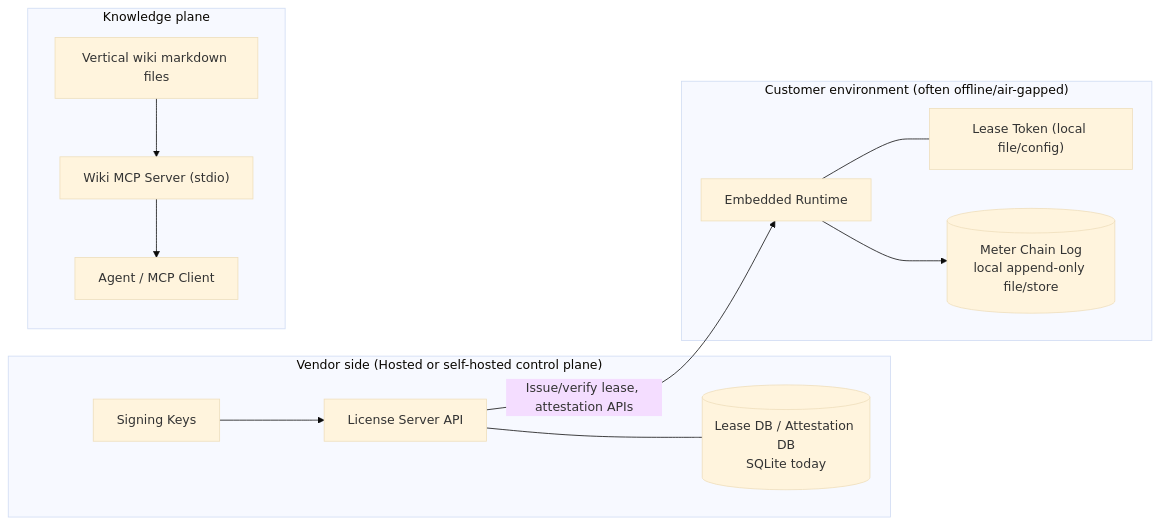
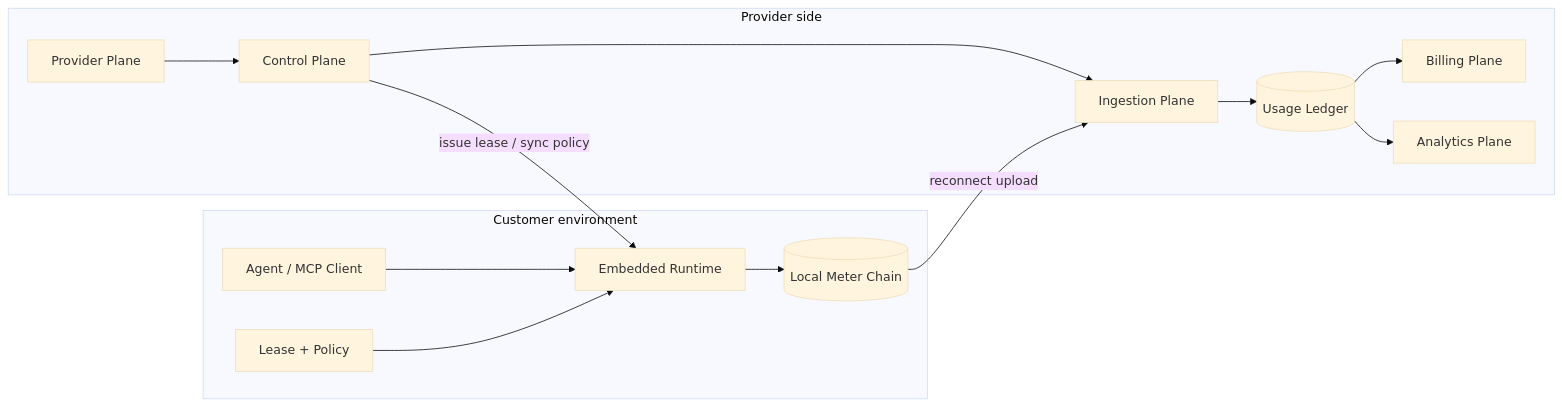
One commit to shizlie/skillpack changed the first of 4 diagrams in PRODUCT.md. Above: the diagram before and after it, drawn with Mermaid (base theme). The commit also changed other lines of this file and 2 other files, not shown here.

First line of the commit message:
Clarify product and backend ledger architecture

````diff
--- a/PRODUCT.md
+++ b/PRODUCT.md
@@ -60,27 +270,29 @@
 ```mermaid
 flowchart LR
-    subgraph Vendor_Cloud["Vendor side (Hosted or self-hosted control plane)"]
-      LS["License Server API"]
-      LDB[("Lease DB / Attestation DB<br/>SQLite today")]
-      SK["Signing Keys"]
-      LS --- LDB
-      SK --> LS
+    subgraph Provider["Provider side"]
+      PP["Provider Plane"]
+      CP["Control Plane"]
+      IP["Ingestion Plane"]
+      LP[("Usage Ledger")]
+      BP["Billing Plane"]
+      AP["Analytics Plane"]
+      PP --> CP
+      CP --> IP
+      IP --> LP
+      LP --> BP
+      LP --> AP
     end
 
-    subgraph Customer_Env["Customer environment (often offline/air-gapped)"]
+    subgraph Customer["Customer environment"]
       RT["Embedded Runtime"]
-      LT["Lease Token (local file/config)"]
-      MLOG[("Meter Chain Log<br/>local append-only file/store")]
-      RT --- LT
+      LT["Lease + Policy"]
+      MLOG[("Local Meter Chain")]
+      AG["Agent / MCP Client"]
+      AG --> RT
+      LT --> RT
       RT --> MLOG
     end
 
-    subgraph Knowledge_Env["Knowledge plane"]
-      WIKI["Vertical wiki markdown files"]
-      WMCP["Wiki MCP Server (stdio)"]
-      AG["Agent / MCP Client"]
-      WIKI --> WMCP --> AG
-    end
-
-    LS -->|"Issue/verify lease, attestation APIs"| RT
+    CP -->|"issue lease / sync policy"| RT
+    MLOG -->|"reconnect upload"| IP
 ```
````
